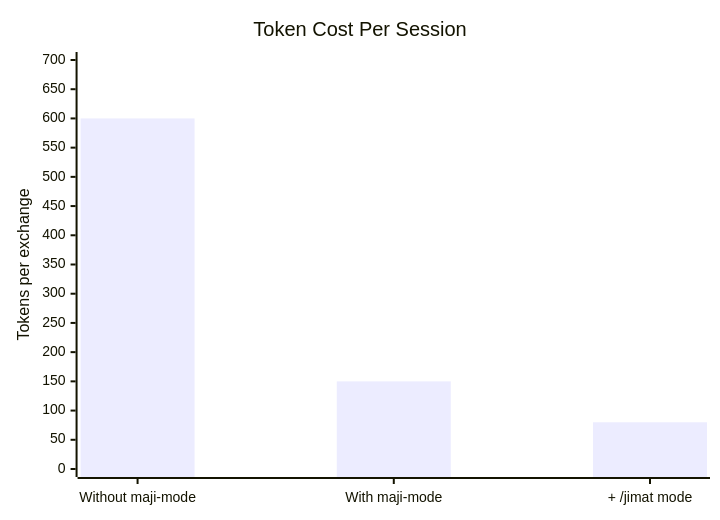
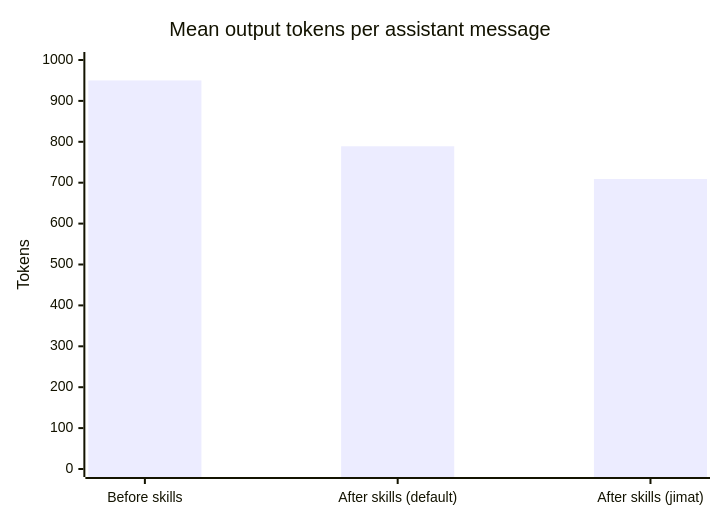
One commit to Ijam18/MAJI-Skills changed the sixth of 6 diagrams in README.md. Above: the diagram before and after it, drawn with Mermaid. The commit also changed other lines of this file and 6 other files, not shown here.

````diff
--- a/README.md
+++ b/README.md
@@ -394,7 +397,7 @@
 ```mermaid
 xychart-beta
-    title "Token Cost Per Session"
-    x-axis ["Without maji-mode", "With maji-mode", "+ /jimat mode"]
-    y-axis "Tokens per exchange" 0 --> 700
-    bar [600, 150, 80]
+    title "Mean output tokens per assistant message"
+    x-axis ["Before skills", "After skills (default)", "After skills (jimat)"]
+    y-axis "Tokens" 0 --> 1000
+    bar [950, 789, 709]
 ```
````
